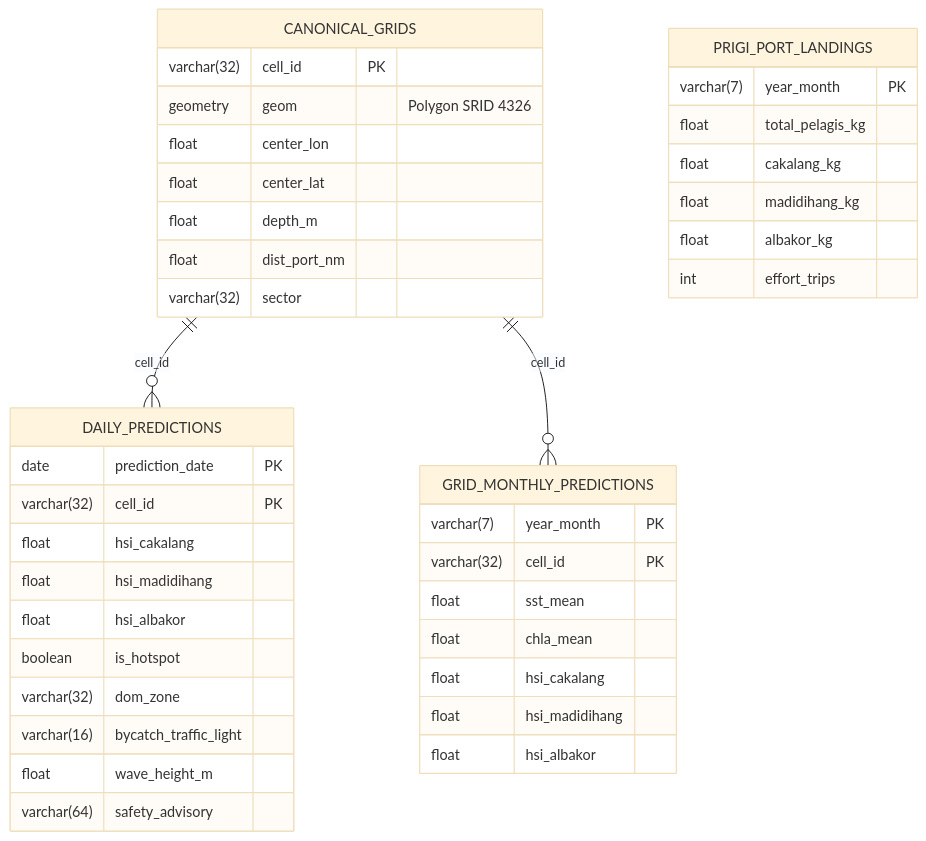
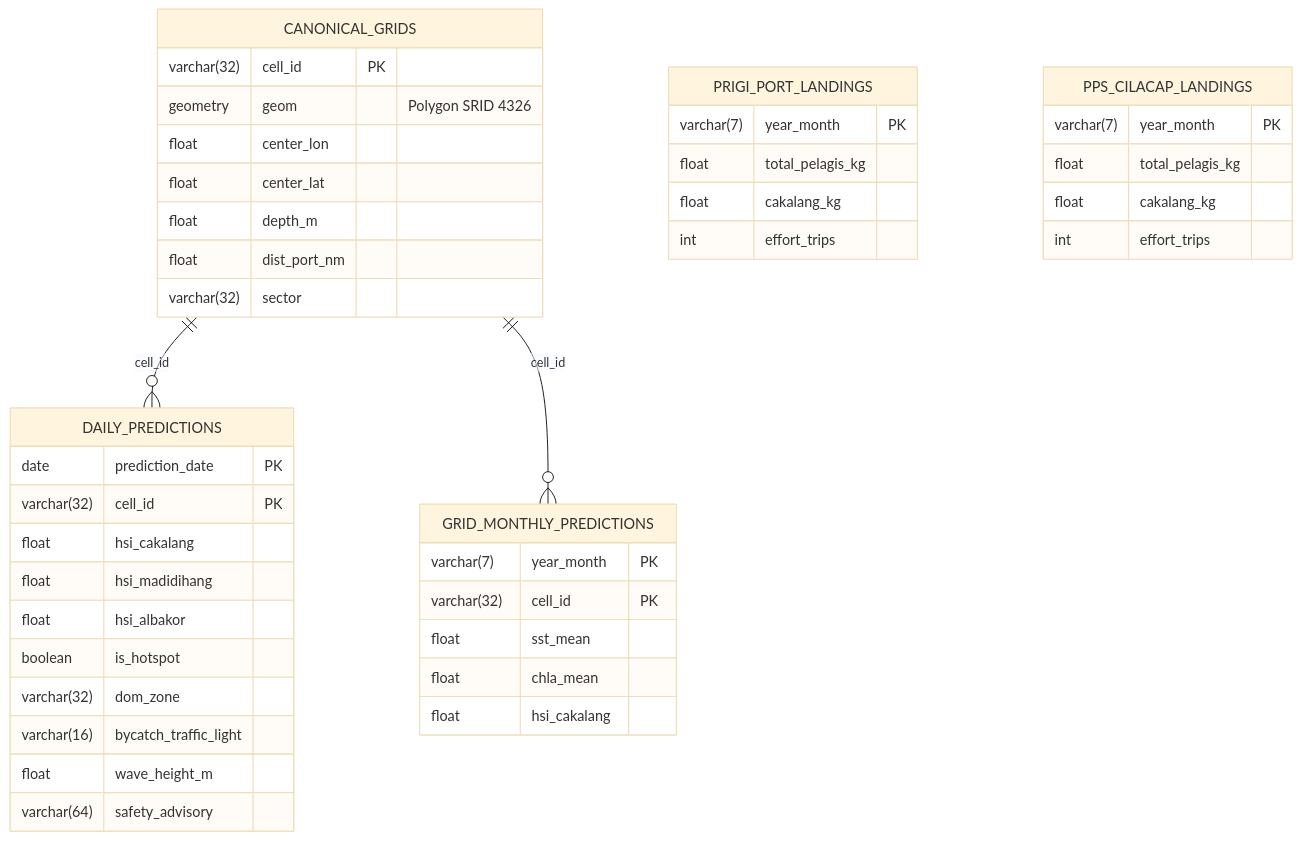
The diagram in docs/project/SEACAST_TECHNICAL_AUDIT.md (ZyrexR/seacast-wpp573), drawn with Mermaid (base theme) before and after one commit. The commit also changed other lines of this file and 807 other files, not shown here.

````diff
--- a/docs/project/SEACAST_TECHNICAL_AUDIT.md
+++ b/docs/project/SEACAST_TECHNICAL_AUDIT.md
@@ -148,47 +125,50 @@
 ```mermaid
 erDiagram
     CANONICAL_GRIDS ||--o{ DAILY_PREDICTIONS : "cell_id"
     CANONICAL_GRIDS ||--o{ GRID_MONTHLY_PREDICTIONS : "cell_id"
     
     CANONICAL_GRIDS {
         varchar(32) cell_id PK
         geometry geom "Polygon SRID 4326"
         float center_lon
         float center_lat
         float depth_m
         float dist_port_nm
         varchar(32) sector
     }
     
     DAILY_PREDICTIONS {
         date prediction_date PK
         varchar(32) cell_id PK
         float hsi_cakalang
         float hsi_madidihang
         float hsi_albakor
         boolean is_hotspot
         varchar(32) dom_zone
         varchar(16) bycatch_traffic_light
         float wave_height_m
         varchar(64) safety_advisory
     }
     
     GRID_MONTHLY_PREDICTIONS {
         varchar(7) year_month PK
         varchar(32) cell_id PK
         float sst_mean
         float chla_mean
         float hsi_cakalang
-        float hsi_madidihang
-        float hsi_albakor
     }
     
     PRIGI_PORT_LANDINGS {
         varchar(7) year_month PK
         float total_pelagis_kg
         float cakalang_kg
-        float madidihang_kg
-        float albakor_kg
+        int effort_trips
+    }
+
+    PPS_CILACAP_LANDINGS {
+        varchar(7) year_month PK
+        float total_pelagis_kg
+        float cakalang_kg
         int effort_trips
     }
 ```
````
